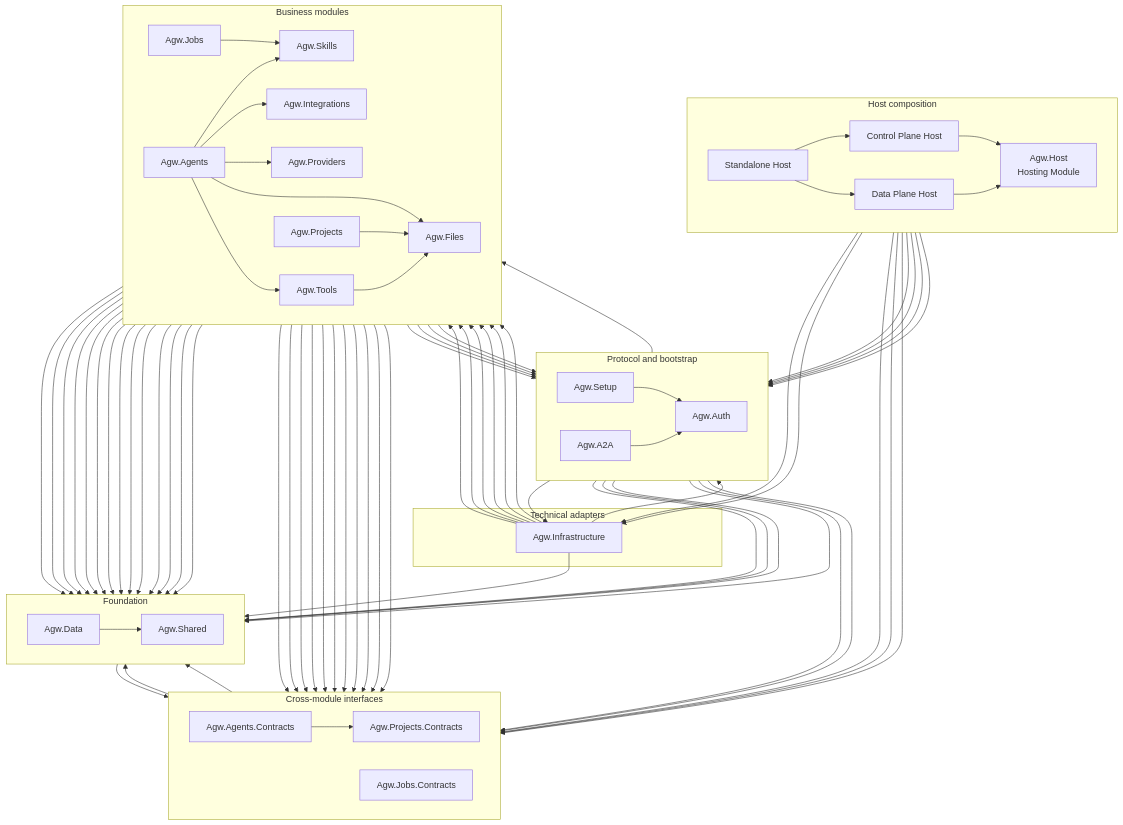
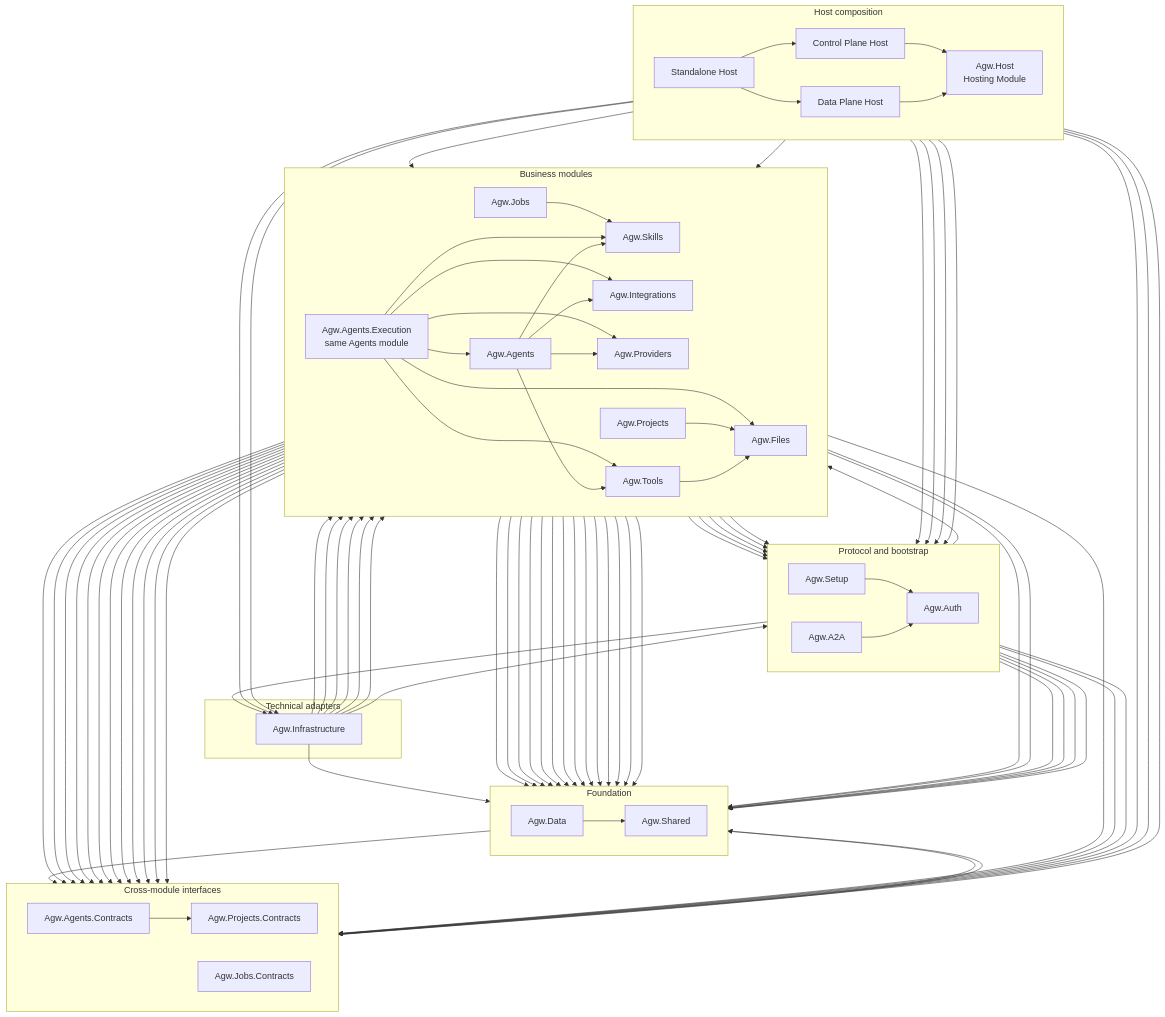
One commit to zxyao145/agw changed the diagram in docs/2.Architecture.md. Above: the diagram before and after it, drawn with Mermaid. The commit also changed other lines of this file and 228 other files, not shown here.

First line of the commit message:
refactor(agents): extract execution implementation into Agw.Agents.Execution project

```diff
--- a/docs/2.Architecture.md
+++ b/docs/2.Architecture.md
@@ -86,6 +87,7 @@
     subgraph Core["Business modules"]
         direction LR
         AGENTS["Agw.Agents"]
+        EXECUTION["Agw.Agents.Execution<br/>same Agents module"]
         JOBS["Agw.Jobs"]
         PROJECTS["Agw.Projects"]
         PROVIDERS["Agw.Providers"]
@@ -112,6 +114,8 @@
     DATAPLANE --> HOST
     STANDALONE --> CONTROL
     STANDALONE --> DATAPLANE
+    HOST --> AGENTS
+    HOST --> EXECUTION
     HOST --> AGENT_CONTRACTS
     HOST --> PROJECT_CONTRACTS
     HOST --> JOB_CONTRACTS
@@ -152,9 +156,20 @@
     JOBS --> SKILLS
     JOBS --> DATA
 
+    EXECUTION --> AGENTS
+    EXECUTION --> AGENT_CONTRACTS
+    EXECUTION --> AUTH
+    EXECUTION --> DATA
+    EXECUTION --> FILES
+    EXECUTION --> INTEGRATIONS
+    EXECUTION --> PROVIDERS
+    EXECUTION --> PROJECT_CONTRACTS
+    EXECUTION --> SHARED
+    EXECUTION --> SKILLS
+    EXECUTION --> TOOLS
+
     AGENTS --> AUTH
     AGENTS --> AGENT_CONTRACTS
-    AGENTS --> FILES
     AGENTS --> INTEGRATIONS
     AGENTS --> PROVIDERS
     AGENTS --> TOOLS
```
